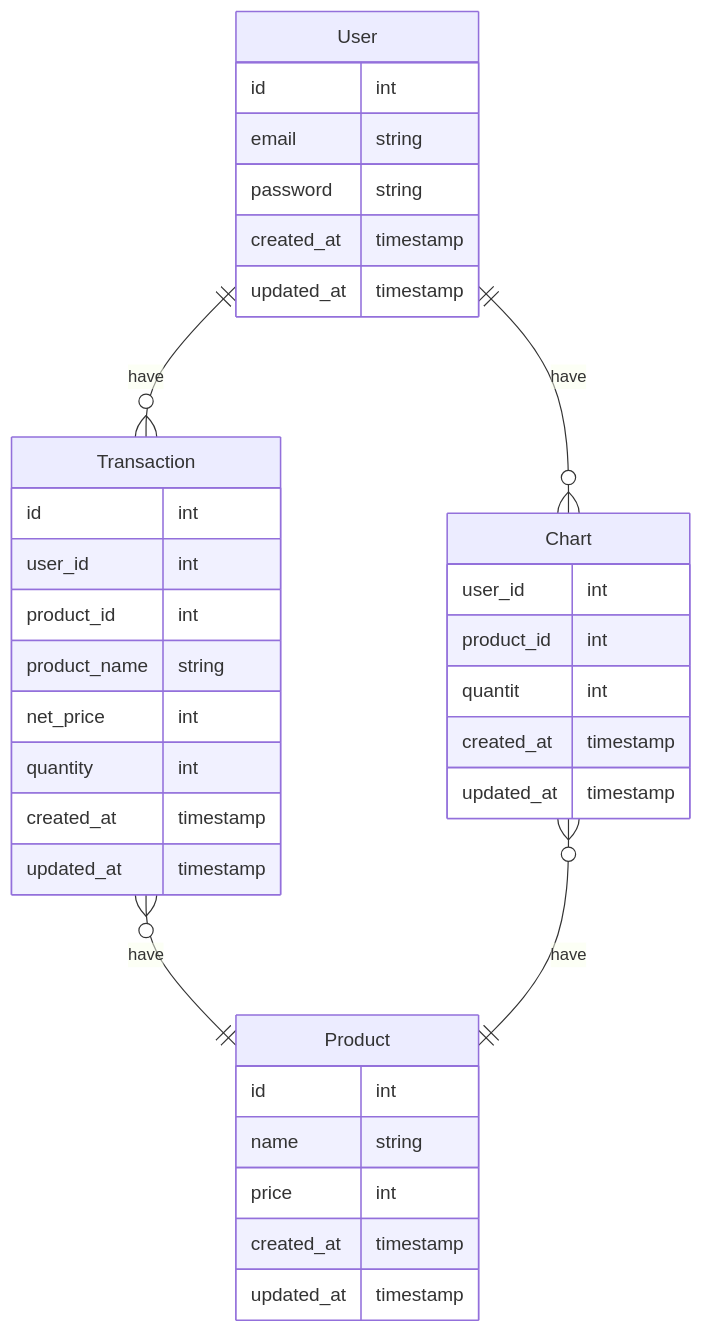
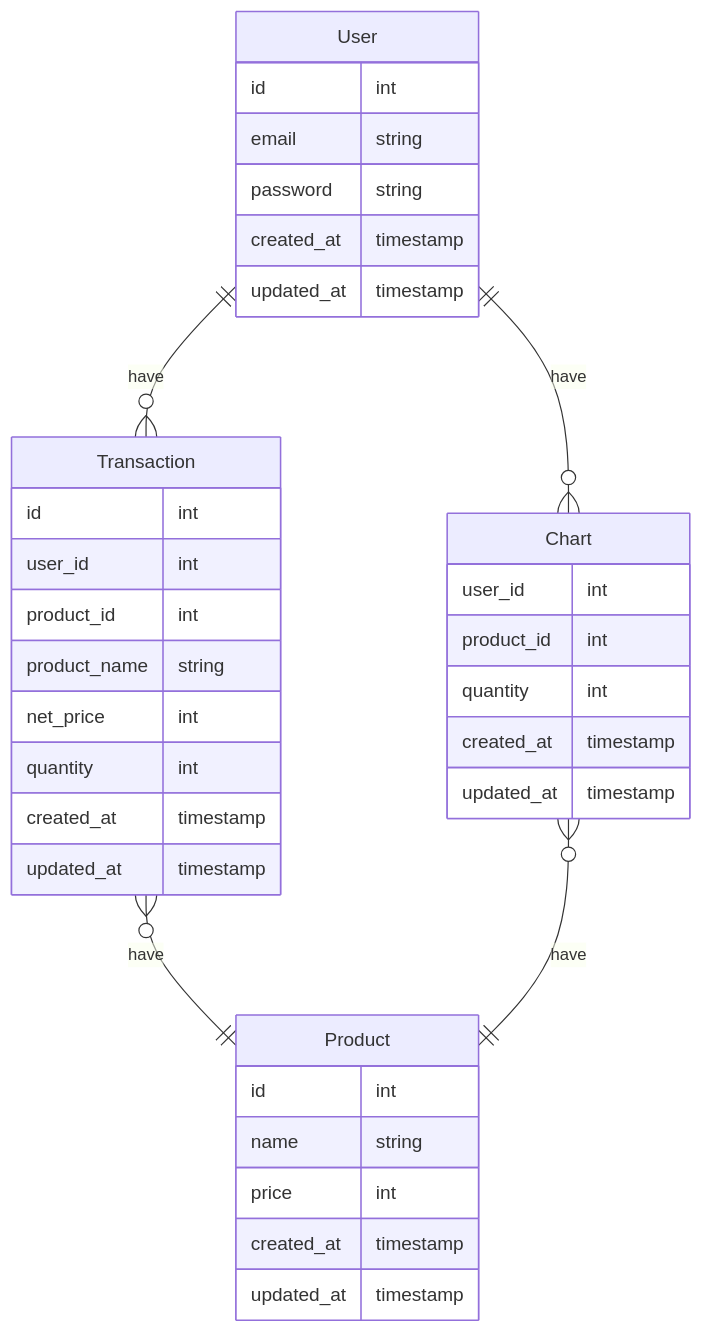
Before and after one commit to sayyid-haidar/synapsis-backend-challenge: the diagram in README.md, drawn with Mermaid. The commit also changed 11 other files, not shown here.

````diff
--- a/README.md
+++ b/README.md
@@ -37,42 +37,42 @@
 ```mermaid
 erDiagram
     User {
         id int
         email string
         password string
         created_at timestamp
         updated_at timestamp
     }
 
     Product {
         id int
         name string
         price int
         created_at timestamp
         updated_at timestamp
     }
 
     Chart {
         user_id int
         product_id int
-        quantit int
+        quantity int
         created_at timestamp
         updated_at timestamp
     }
 
     Transaction {
         id int
         user_id int
         product_id int
         product_name string
         net_price int
         quantity int
         created_at timestamp
         updated_at timestamp
     }
 
     User ||--o{ Chart : have 
     User ||--o{ Transaction : have 
     Transaction }o--|| Product : have 
     Chart }o--|| Product : have 
 ```
````
